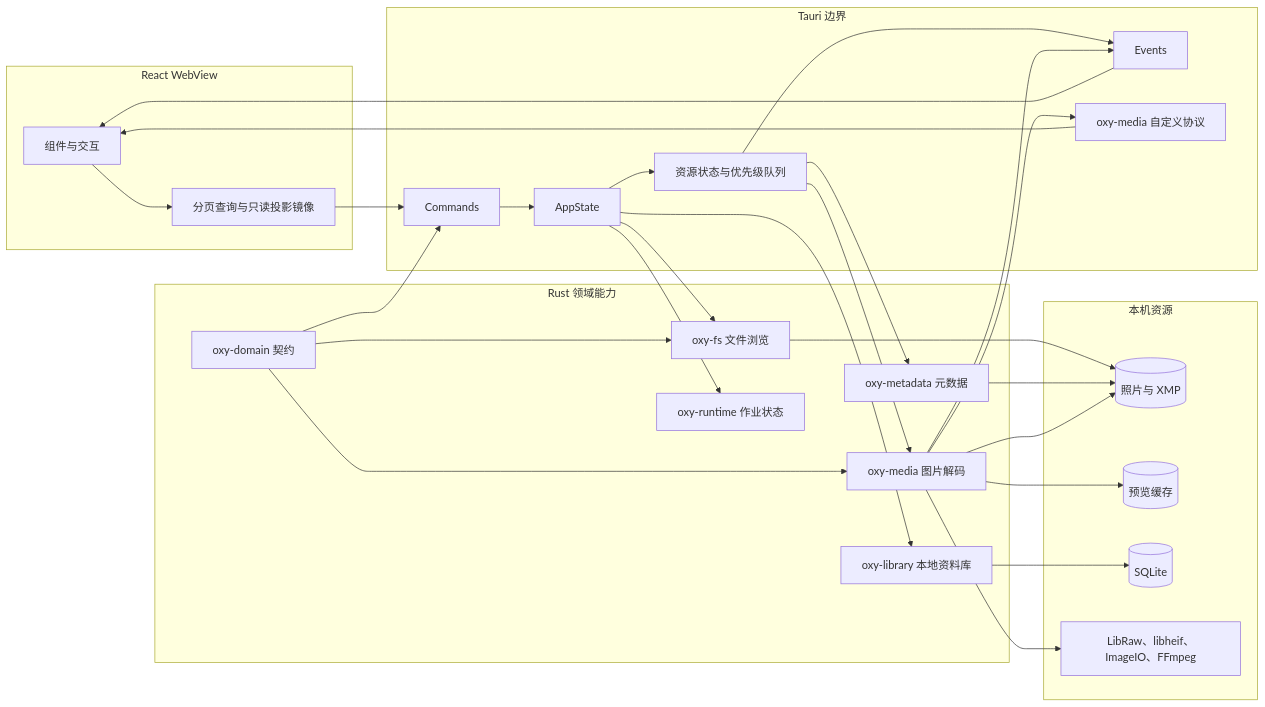
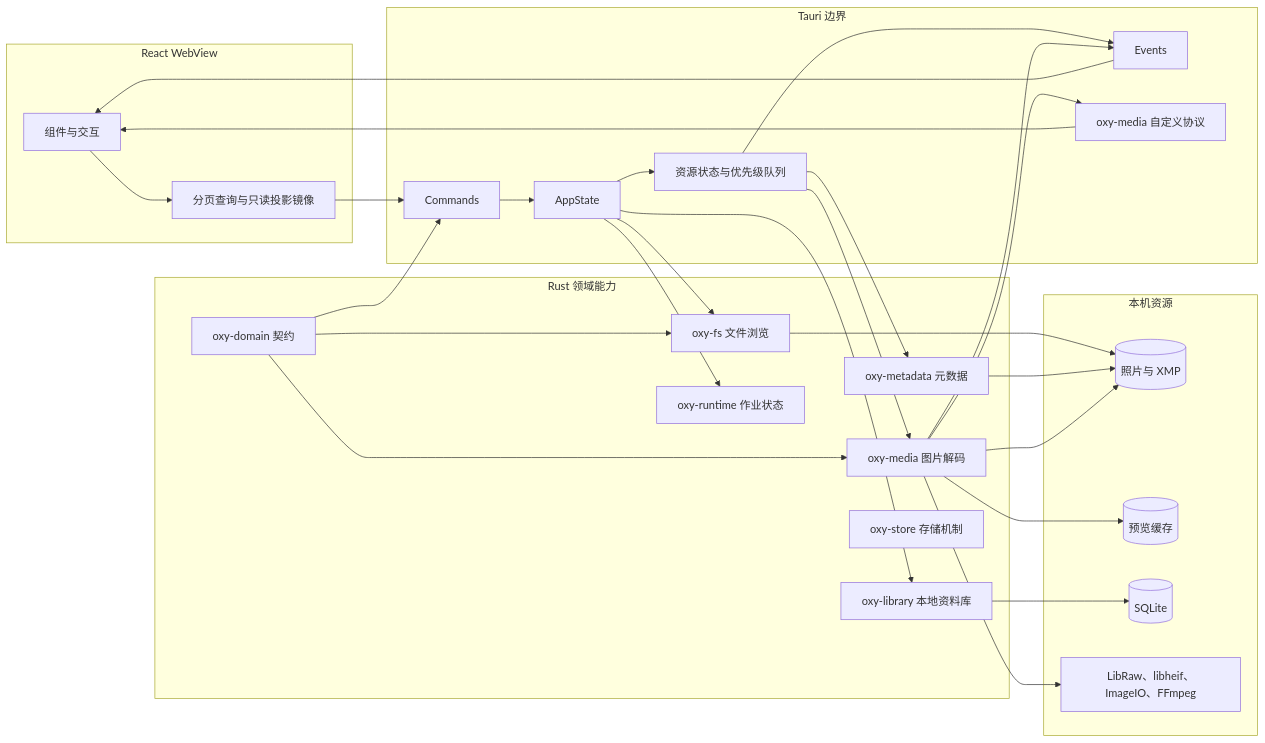
Before and after one commit to oxygenkun/oxyviewer: the first of 3 diagrams in docs/ARCHITECTURE.md, drawn with Mermaid. The commit also changed other lines of this file and 22 other files, not shown here.

First line of the commit message:
refactor(store): extract the storage mechanism into oxy-store

````diff
--- a/docs/ARCHITECTURE.md
+++ b/docs/ARCHITECTURE.md
@@ -77,55 +77,56 @@
 ```mermaid
 flowchart LR
     subgraph uiLayer["React WebView"]
         reactUi["组件与交互"]
         queryState["分页查询与只读投影镜像"]
     end
 
     subgraph bridgeLayer["Tauri 边界"]
         commands["Commands"]
         events["Events"]
         mediaProtocol["oxy-media 自定义协议"]
         appState["AppState"]
         resourceCoordinator["资源状态与优先级队列"]
     end
 
     subgraph coreLayer["Rust 领域能力"]
         domain["oxy-domain 契约"]
         fsCrate["oxy-fs 文件浏览"]
         mediaCrate["oxy-media 图片解码"]
         metadataCrate["oxy-metadata 元数据"]
         libraryCrate["oxy-library 本地资料库"]
         runtimeCrate["oxy-runtime 作业状态"]
+        storeCrate["oxy-store 存储机制"]
     end
 
     subgraph localData["本机资源"]
         photoFiles[("照片与 XMP")]
         previewCache[("预览缓存")]
         sqliteDb[("SQLite")]
         nativeDecoders["LibRaw、libheif、ImageIO、FFmpeg"]
     end
 
     reactUi --> queryState
     queryState --> commands
     events --> reactUi
     mediaProtocol --> reactUi
     commands --> appState
     appState --> resourceCoordinator
     resourceCoordinator --> events
     appState --> fsCrate
     resourceCoordinator --> mediaCrate
     resourceCoordinator --> metadataCrate
     appState --> libraryCrate
     appState --> runtimeCrate
     domain --> commands
     domain --> fsCrate
     domain --> mediaCrate
     fsCrate --> photoFiles
     metadataCrate --> photoFiles
     mediaCrate --> photoFiles
     mediaCrate --> previewCache
     mediaCrate --> nativeDecoders
     libraryCrate --> sqliteDb
     mediaCrate --> events
     mediaCrate --> mediaProtocol
 ```
````
